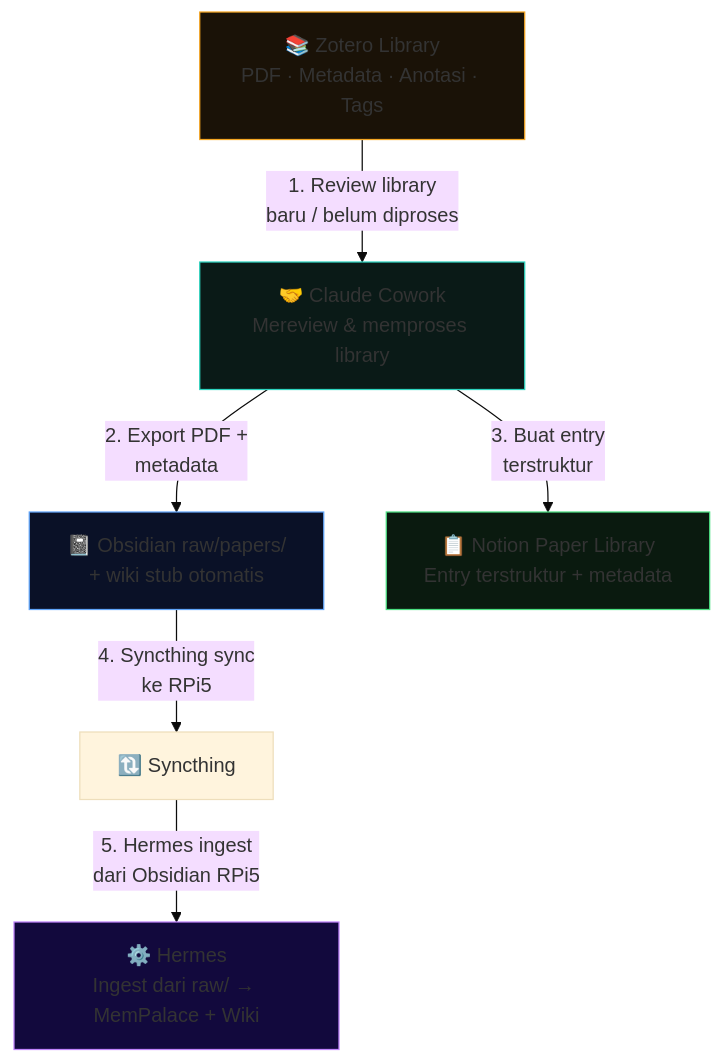
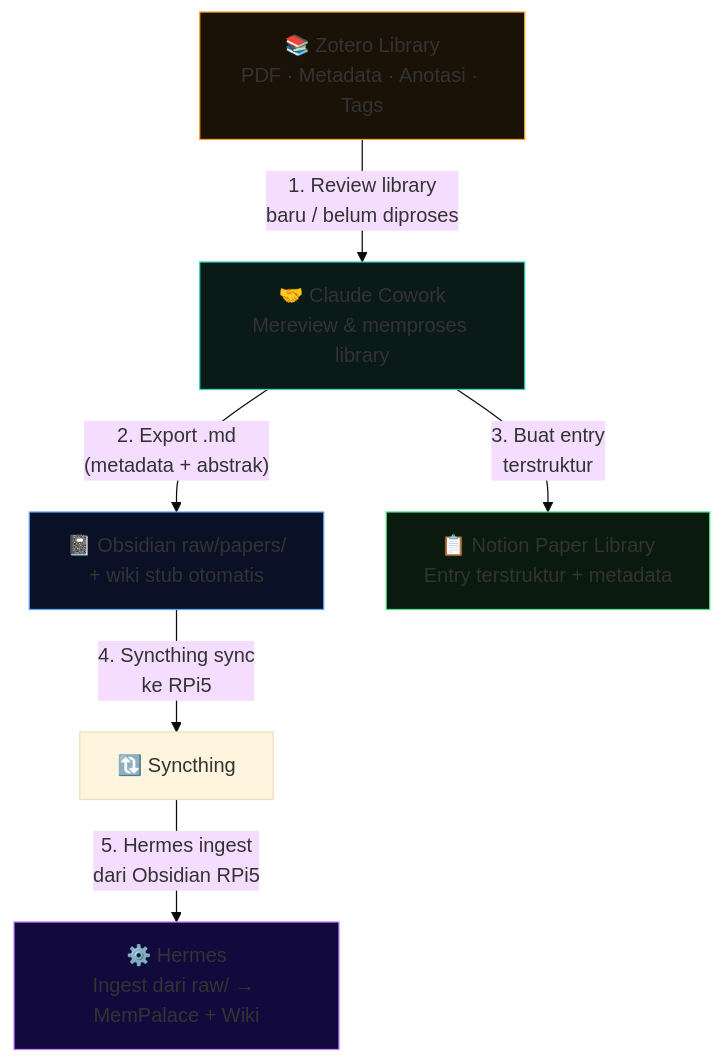
The fourth of 7 diagrams in README.md (omankz/Hermes-Agent---Claude-Cowork---Notion---Obsidian), drawn with Mermaid (base theme) before and after one commit. The commit also changed other lines of this file, not shown here.

````diff
--- a/README.md
+++ b/README.md
@@ -525,30 +526,30 @@
 ```mermaid
 flowchart TD
     Z["📚 Zotero Library
 PDF · Metadata · Anotasi · Tags"]
     CW["🤝 Claude Cowork
 Mereview & memproses library"]
     OB["📓 Obsidian raw/papers/
 + wiki stub otomatis"]
     NT["📋 Notion Paper Library
 Entry terstruktur + metadata"]
     H["⚙️ Hermes
 Ingest dari raw/ → MemPalace + Wiki"]
 
     Z -->|"1. Review library
 baru / belum diproses"| CW
-    CW -->|"2. Export PDF +
-metadata"| OB
+    CW -->|"2. Export .md
+(metadata + abstrak)"| OB
     CW -->|"3. Buat entry
 terstruktur"| NT
     OB -->|"4. Syncthing sync
 ke RPi5"| S2["🔃 Syncthing"]
     S2 -->|"5. Hermes ingest
 dari Obsidian RPi5"| H
 
     style Z fill:#1a1207,stroke:#f5a623
     style CW fill:#0a1a17,stroke:#2dd4bf
     style OB fill:#0a1127,stroke:#60a5fa
     style NT fill:#0a1a0f,stroke:#4ade80
     style H fill:#12093d,stroke:#c084fc
 ```
````
